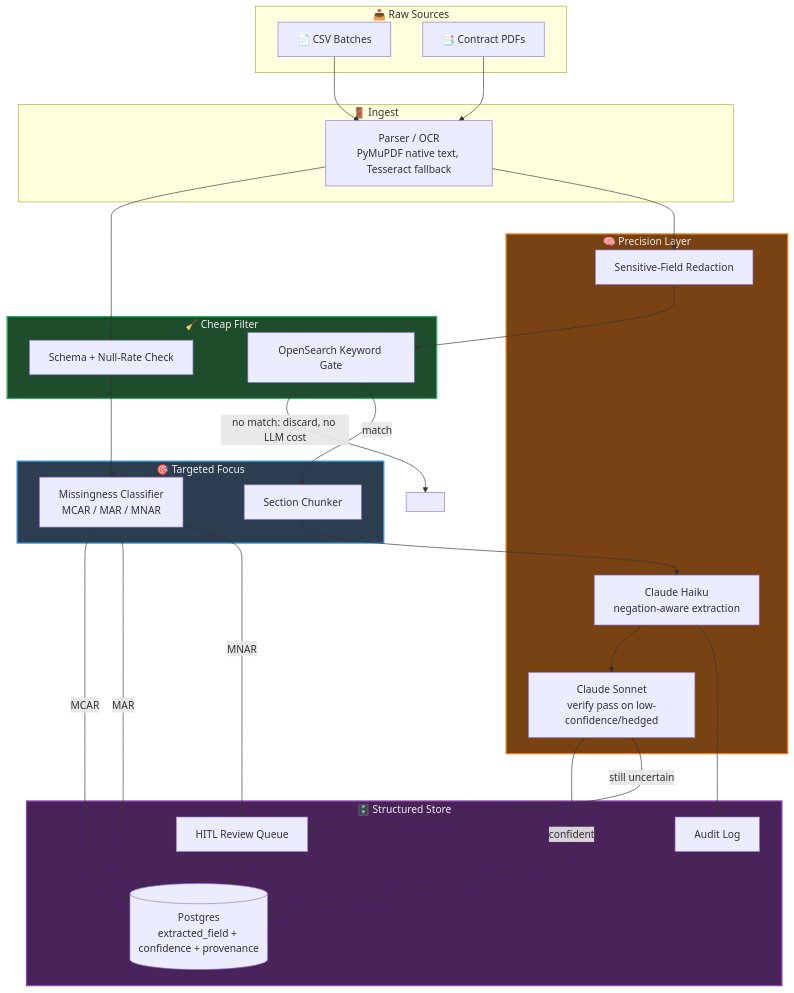
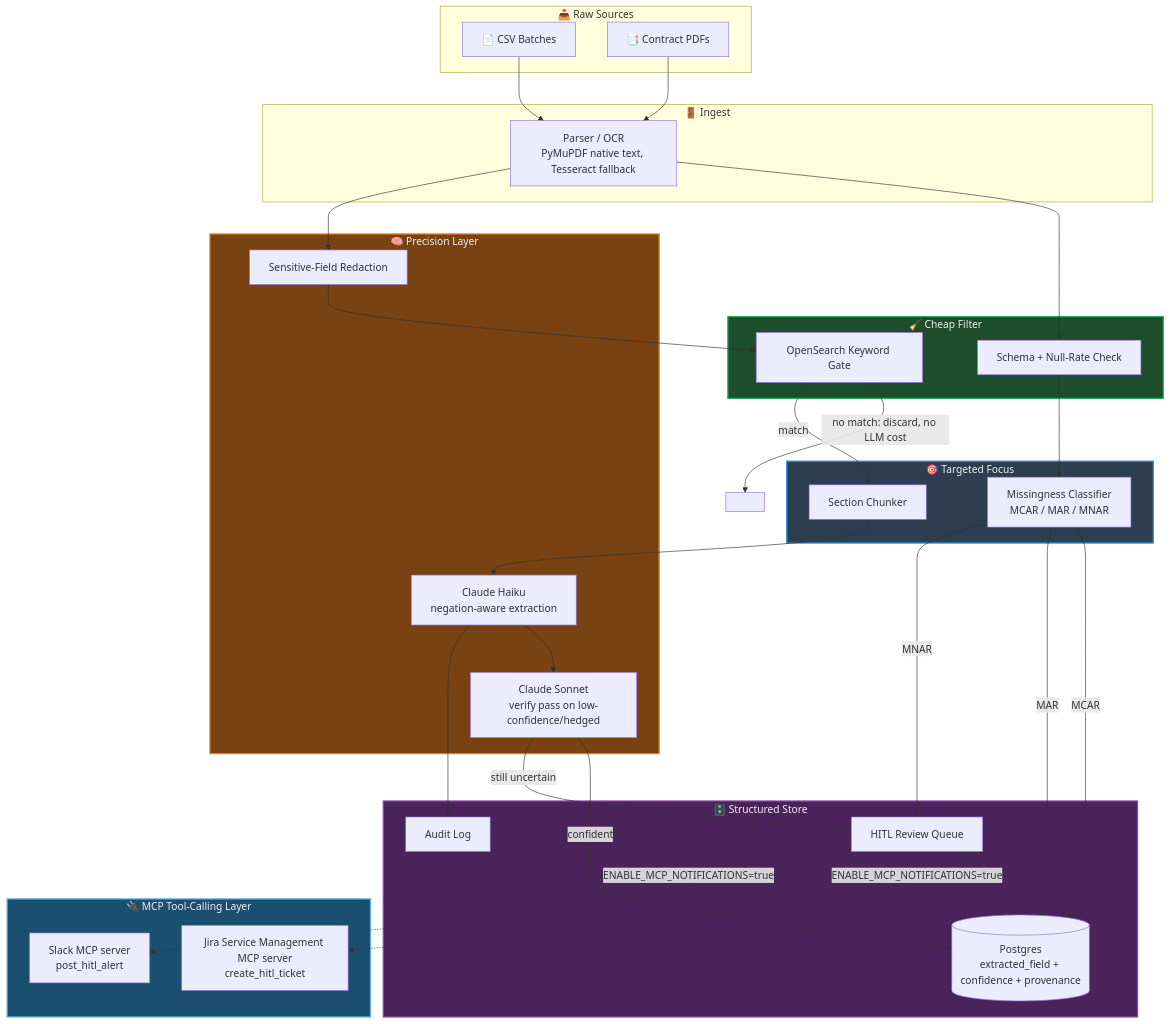
One commit to pvenkata-tech/extraction-funnel changed the diagram in README.md. Above: the diagram before and after it, drawn with Mermaid. The commit also changed other lines of this file and 12 other files, not shown here.

First line of the commit message:
Add MCP tool-calling layer for HITL: Jira Service Management + Slack

````diff
--- a/README.md
+++ b/README.md
@@ -45,51 +46,59 @@
 ```mermaid
 flowchart TD
     subgraph SOURCE["📥 Raw Sources"]
         CSV[📄 CSV Batches]
         PDF[📑 Contract PDFs]
     end
 
     subgraph INGEST["🚪 Ingest"]
         PARSE[Parser / OCR\nPyMuPDF native text, Tesseract fallback]
     end
 
     subgraph FILTER["🧹 Cheap Filter"]
         SCHEMA[Schema + Null-Rate Check]
         LEXICAL[OpenSearch Keyword Gate]
     end
 
     subgraph TARGET["🎯 Targeted Focus"]
         CLASSIFY[Missingness Classifier\nMCAR / MAR / MNAR]
         CHUNK[Section Chunker]
     end
 
     subgraph PRECISION["🧠 Precision Layer"]
         DEID[Sensitive-Field Redaction]
         LLM[Claude Haiku\nnegation-aware extraction]
         VERIFY[Claude Sonnet\nverify pass on low-confidence/hedged]
     end
 
     subgraph STORE["🗄️ Structured Store"]
         PG[(Postgres\nextracted_field + confidence + provenance)]
         HITL[HITL Review Queue]
         AUDIT[Audit Log]
     end
 
+    subgraph NOTIFY["🔌 MCP Tool-Calling Layer"]
+        JIRA[Jira Service Management MCP server\ncreate_hitl_ticket]
+        SLACK[Slack MCP server\npost_hitl_alert]
+    end
+
     CSV --> PARSE --> SCHEMA --> CLASSIFY
     PDF --> PARSE --> DEID --> LEXICAL
     LEXICAL -->|no match: discard, no LLM cost| X[ ]
     LEXICAL -->|match| CHUNK --> LLM --> VERIFY
 
     CLASSIFY -->|MCAR| PG
     CLASSIFY -->|MAR| PG
     CLASSIFY -->|MNAR| HITL
     VERIFY -->|confident| PG
     VERIFY -->|still uncertain| HITL
     LLM --> AUDIT
     HITL --> PG
+    HITL -.->|ENABLE_MCP_NOTIFICATIONS=true| JIRA
+    HITL -.->|ENABLE_MCP_NOTIFICATIONS=true| SLACK
 
     style FILTER fill:#1E4D2B,color:#eee,stroke:#27AE60,stroke-width:2px
     style TARGET fill:#2C3E50,color:#eee,stroke:#3498DB,stroke-width:2px
     style PRECISION fill:#784212,color:#eee,stroke:#E67E22,stroke-width:2px
     style STORE fill:#4A235A,color:#eee,stroke:#8E44AD,stroke-width:2px
+    style NOTIFY fill:#1B4F72,color:#eee,stroke:#5DADE2,stroke-width:2px
 ```
````
